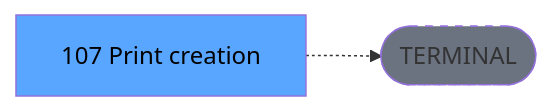
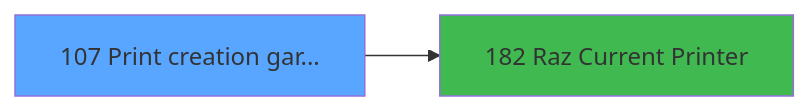
Before and after one commit to thonyAGP/magic-migration: the third of 3 diagrams in .openspec/specs/ADH-IDE-107.md, drawn with Mermaid. The commit also changed other lines of this file and 253 other files, not shown here.

````diff
--- a/.openspec/specs/ADH-IDE-107.md
+++ b/.openspec/specs/ADH-IDE-107.md
@@ -140,8 +523,8 @@
 ```mermaid
 graph LR
-    T[107 Print creation ]
-    TERM([TERMINAL])
-    T -.-> TERM
-    style TERM fill:#6b7280,stroke-dasharray: 5 5
-    style T fill:#58a6ff,color:#000
+    T107[107 Print creation gar...]
+    style T107 fill:#58a6ff
+    C182[182 Raz Current Printer]
+    T107 --> C182
+    style C182 fill:#3fb950
 ```
````
